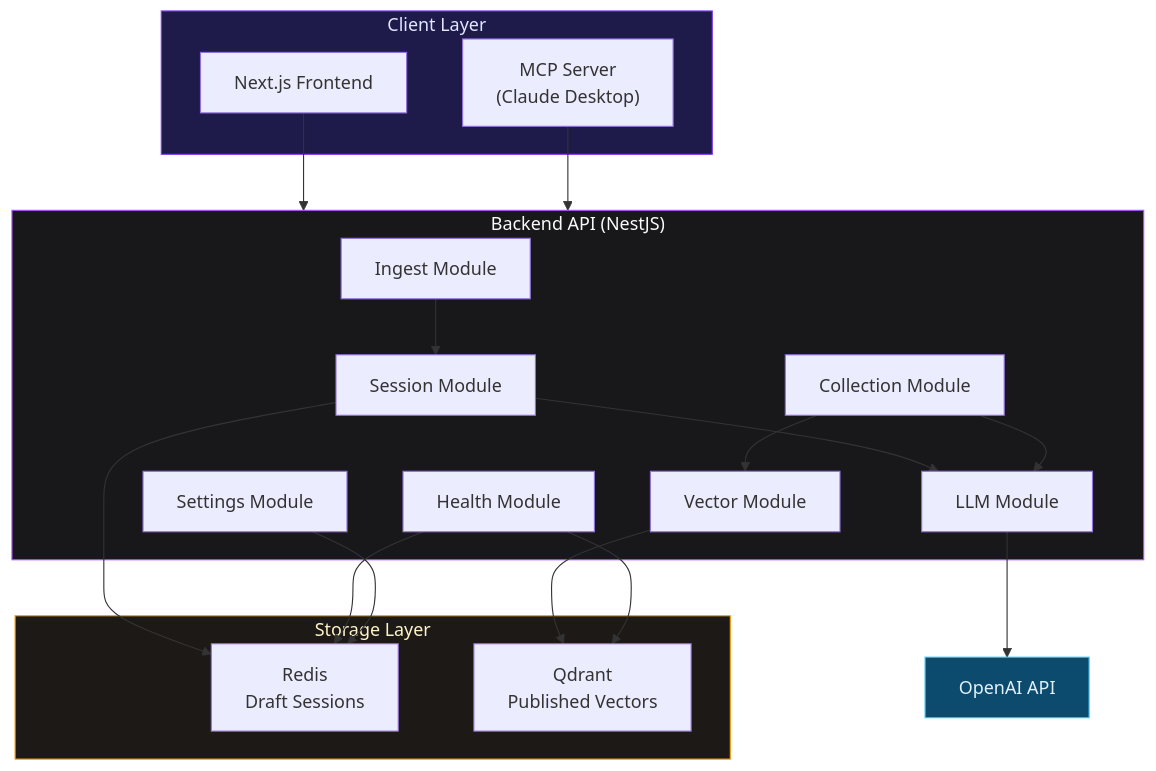
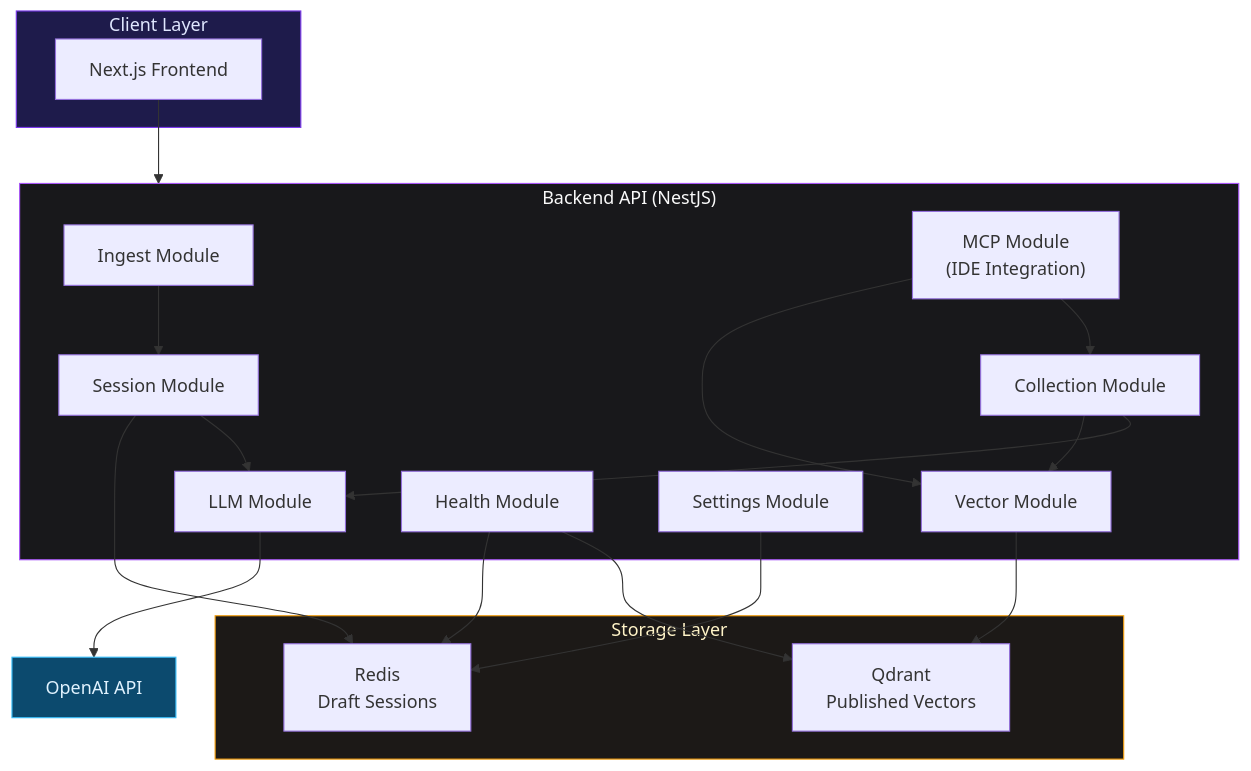
Before and after one commit to scrobot/ragler: the first of 2 diagrams in docs/docs/architecture/overview.md, drawn with Mermaid. The commit also changed other lines of this file and 35 other files, not shown here.

First line of the commit message:
refactor: merge MCP server into backend as built-in NestJS module

````diff
--- a/docs/docs/architecture/overview.md
+++ b/docs/docs/architecture/overview.md
@@ -9,42 +9,43 @@
 ```mermaid
 graph TB
     subgraph Client["Client Layer"]
         FE["Next.js Frontend"]
-        MCP["MCP Server<br/>(Claude Desktop)"]
     end
 
     subgraph API["Backend API (NestJS)"]
         ING["Ingest Module"]
         SES["Session Module"]
         COL["Collection Module"]
         LLM["LLM Module"]
         VEC["Vector Module"]
         HLT["Health Module"]
         SET["Settings Module"]
+        MCP["MCP Module<br/>(IDE Integration)"]
     end
 
     subgraph Storage["Storage Layer"]
         RED["Redis<br/>Draft Sessions"]
         QDR["Qdrant<br/>Published Vectors"]
     end
 
     OAI["OpenAI API"]
 
     FE --> API
-    MCP --> API
+    MCP --> VEC
+    MCP --> COL
     ING --> SES
     SES --> RED
     SES --> LLM
     COL --> VEC
     COL --> LLM
     LLM --> OAI
     VEC --> QDR
     HLT --> RED
     HLT --> QDR
     SET --> RED
 
     style Client fill:#1e1b4b,stroke:#7c3aed,color:#e0e7ff
     style API fill:#18181b,stroke:#a855f7,color:#fafafa
     style Storage fill:#1c1917,stroke:#f59e0b,color:#fef3c7
     style OAI fill:#0c4a6e,stroke:#38bdf8,color:#e0f2fe
 ```
````
